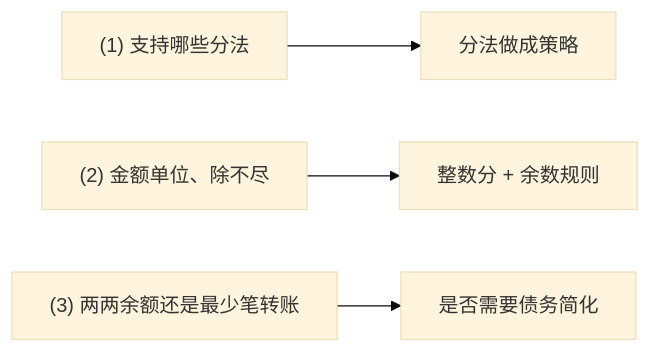
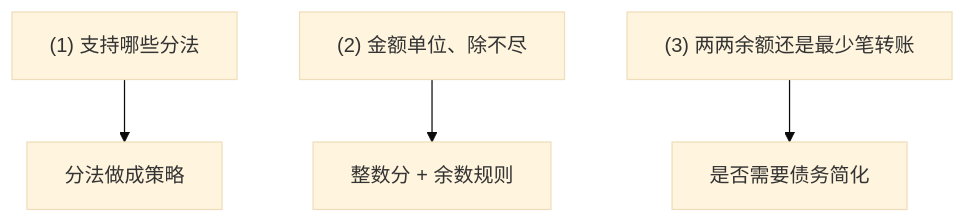
One commit to ChiChasesCheese/trellis changed the diagram in vault/domains/low-level-design/cards/amazon/amz-splitwise-what-and-three-questions.md. Above: the diagram before and after it, drawn with Mermaid (base theme). The commit also changed 4 other files, not shown here.

````diff
--- a/vault/domains/low-level-design/cards/amazon/amz-splitwise-what-and-three-questions.md
+++ b/vault/domains/low-level-design/cards/amazon/amz-splitwise-what-and-three-questions.md
@@ -14,6 +14,6 @@
 ```mermaid
-flowchart LR
+flowchart TB
     Q1["(1) 支持哪些分法"] --> D1["分法做成策略"]
     Q2["(2) 金额单位、除不尽"] --> D2["整数分 + 余数规则"]
     Q3["(3) 两两余额还是最少笔转账"] --> D3["是否需要债务简化"]
 ```
````
